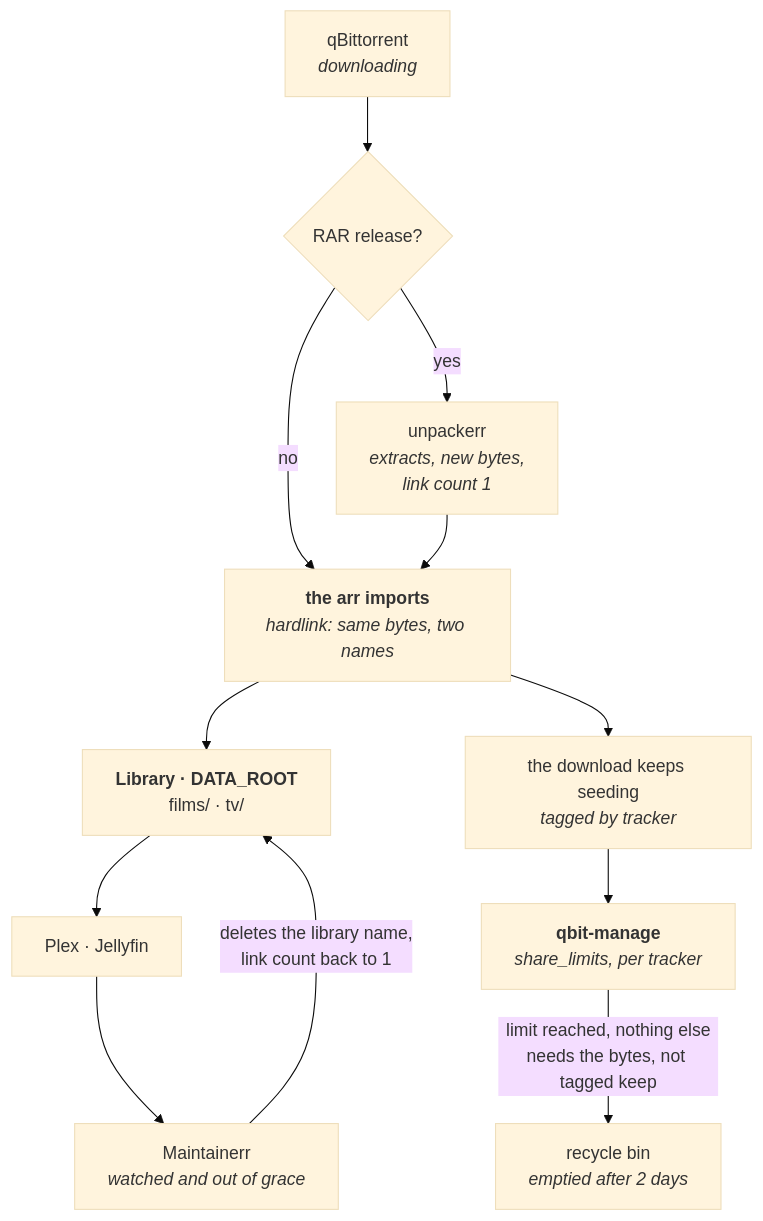
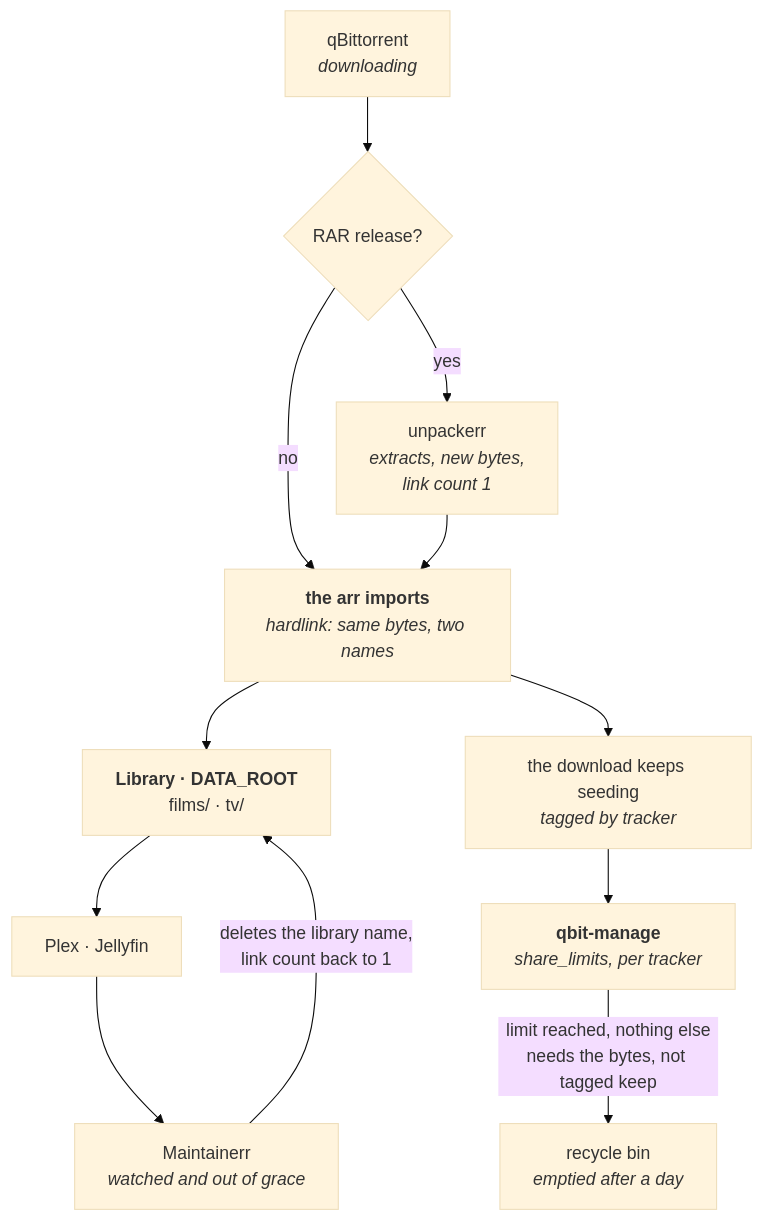
One commit to PlatanosVerdes/rpi-homeserver changed the second of 2 diagrams in docs/lifecycle.md. Above: the diagram before and after it, drawn with Mermaid (base theme). The commit also changed other lines of this file and 3 other files, not shown here.

First line of the commit message:
recycle bin to one day, and write down what c411's 401 actually means (#9)

````diff
--- a/docs/lifecycle.md
+++ b/docs/lifecycle.md
@@ -46,14 +46,14 @@
 ```mermaid
 flowchart TB
   QB["qBittorrent<br/><i>downloading</i>"] --> DONE{"RAR release?"}
   DONE -->|yes| UP["unpackerr<br/><i>extracts, new bytes,<br/>link count 1</i>"]
   DONE -->|no| IMP
   UP --> IMP["<b>the arr imports</b><br/><i>hardlink: same bytes, two names</i>"]
   IMP --> LIB["<b>Library · DATA_ROOT</b><br/>films/ · tv/"]
   IMP --> SEED["the download keeps seeding<br/><i>tagged by tracker</i>"]
   LIB --> PX["Plex · Jellyfin"]
   PX --> MT["Maintainerr<br/><i>watched and out of grace</i>"]
   MT -->|"deletes the library name,<br/>link count back to 1"| LIB
   SEED --> QM["<b>qbit-manage</b><br/><i>share_limits, per tracker</i>"]
-  QM -->|"limit reached, nothing else<br/>needs the bytes, not tagged keep"| RB["recycle bin<br/><i>emptied after 2 days</i>"]
+  QM -->|"limit reached, nothing else<br/>needs the bytes, not tagged keep"| RB["recycle bin<br/><i>emptied after a day</i>"]
 ```
````
